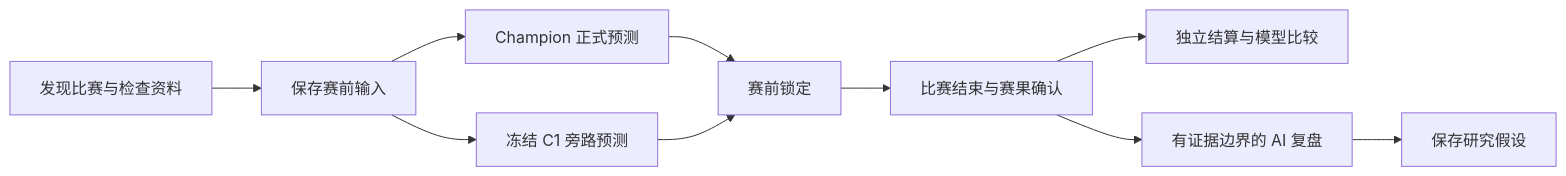
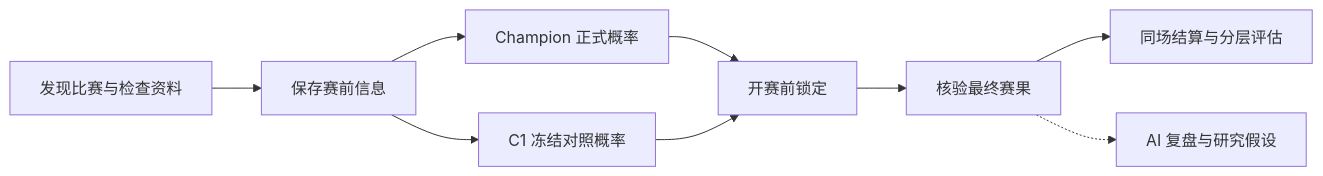
Before and after one commit to limuchuan0619/VCT-Forecast-Lab: the diagram in README.md, drawn with Mermaid. The commit also changed other lines of this file and 14 other files, not shown here.

Commit message:
docs: publish evidence-led portfolio and model comparison charts

````diff
--- a/README.md
+++ b/README.md
@@ -45,12 +57,11 @@
 ```mermaid
 flowchart LR
-    A[发现比赛与检查资料] --> B[保存赛前输入]
-    B --> C[Champion 正式预测]
-    B --> D[冻结 C1 旁路预测]
-    C --> E[赛前锁定]
+    A[发现比赛与检查资料] --> B[保存赛前信息]
+    B --> C[Champion 正式概率]
+    B --> D[C1 冻结对照概率]
+    C --> E[开赛前锁定]
     D --> E
-    E --> F[比赛结束与赛果确认]
-    F --> G[独立结算与模型比较]
-    F --> H[有证据边界的 AI 复盘]
-    H --> I[保存研究假设]
+    E --> F[核验最终赛果]
+    F --> G[同场结算与分层评估]
+    F -.-> H[AI 复盘与研究假设]
 ```
````
